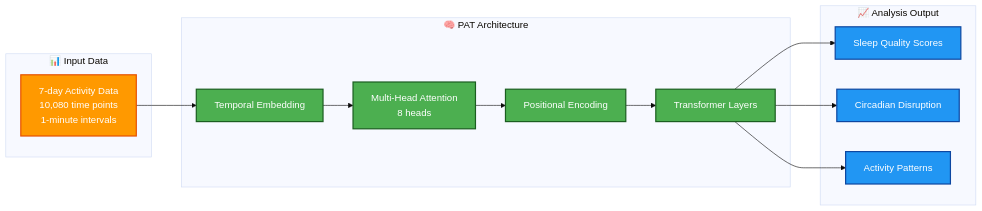
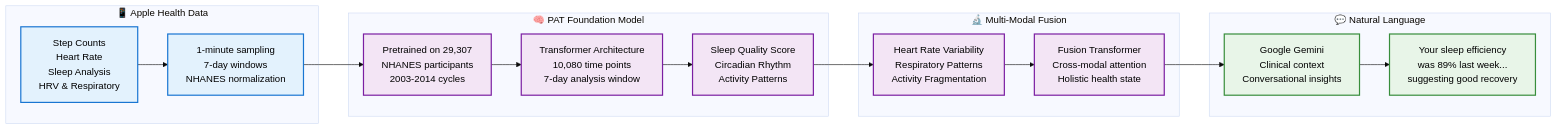
The first of 2 diagrams in README.md (Clairty-Digital-Twin/clarity-loop-backend), drawn with Mermaid (base theme) before and after one commit. The commit also changed other lines of this file and 1 other file, not shown here.

First line of the commit message:
fix: Enhance type hinting in health data API tests for improved clarity

````diff
--- a/README.md
+++ b/README.md
@@ -214,35 +15,34 @@
 ```mermaid
 graph LR
-    subgraph Input ["📊 Input Data"]
-        A[7-day Activity Data<br/>10,080 time points<br/>1-minute intervals]
+    subgraph DataIngestion ["📱 Apple Health Data"]
+        A[Step Counts<br/>Heart Rate<br/>Sleep Analysis<br/>HRV & Respiratory]
+        B[1-minute sampling<br/>7-day windows<br/>NHANES normalization]
     end
     
-    subgraph Transformer ["🧠 PAT Architecture"]
-        B[Temporal Embedding]
-        C[Multi-Head Attention<br/>8 heads]
-        D[Positional Encoding]
-        E[Transformer Layers]
+    subgraph PAT ["🧠 PAT Foundation Model"]
+        C[Pretrained on 29,307<br/>NHANES participants<br/>2003-2014 cycles]
+        D[Transformer Architecture<br/>10,080 time points<br/>7-day analysis window]
+        E[Sleep Quality Score<br/>Circadian Rhythm<br/>Activity Patterns]
     end
     
-    subgraph Output ["📈 Analysis Output"]
-        F[Sleep Quality Scores]
-        G[Circadian Disruption]
-        H[Activity Patterns]
+    subgraph Multimodal ["🔬 Multi-Modal Fusion"]
+        F[Heart Rate Variability<br/>Respiratory Patterns<br/>Activity Fragmentation]
+        G[Fusion Transformer<br/>Cross-modal attention<br/>Holistic health state]
     end
     
-    A --> B
-    B --> C
-    C --> D
-    D --> E
-    E --> F
-    E --> G
-    E --> H
+    subgraph NLG ["💬 Natural Language"]
+        H[Google Gemini<br/>Clinical context<br/>Conversational insights]
+        I["Your sleep efficiency<br/>was 89% last week...<br/>suggesting good recovery"]
+    end
     
-    classDef input fill:#ff9900,stroke:#e65100,stroke-width:2px,color:white
-    classDef model fill:#4caf50,stroke:#1b5e20,stroke-width:2px,color:white
-    classDef output fill:#2196f3,stroke:#0d47a1,stroke-width:2px,color:white
+    A --> B --> C --> D --> E
+    E --> F --> G --> H --> I
     
-    class A input
-    class B,C,D,E model
-    class F,G,H output
+    classDef data fill:#e3f2fd,stroke:#1976d2,stroke-width:2px,color:black
+    classDef ai fill:#f3e5f5,stroke:#7b1fa2,stroke-width:2px,color:black
+    classDef output fill:#e8f5e8,stroke:#388e3c,stroke-width:2px,color:black
+    
+    class A,B data
+    class C,D,E,F,G ai
+    class H,I output
 ```
````
